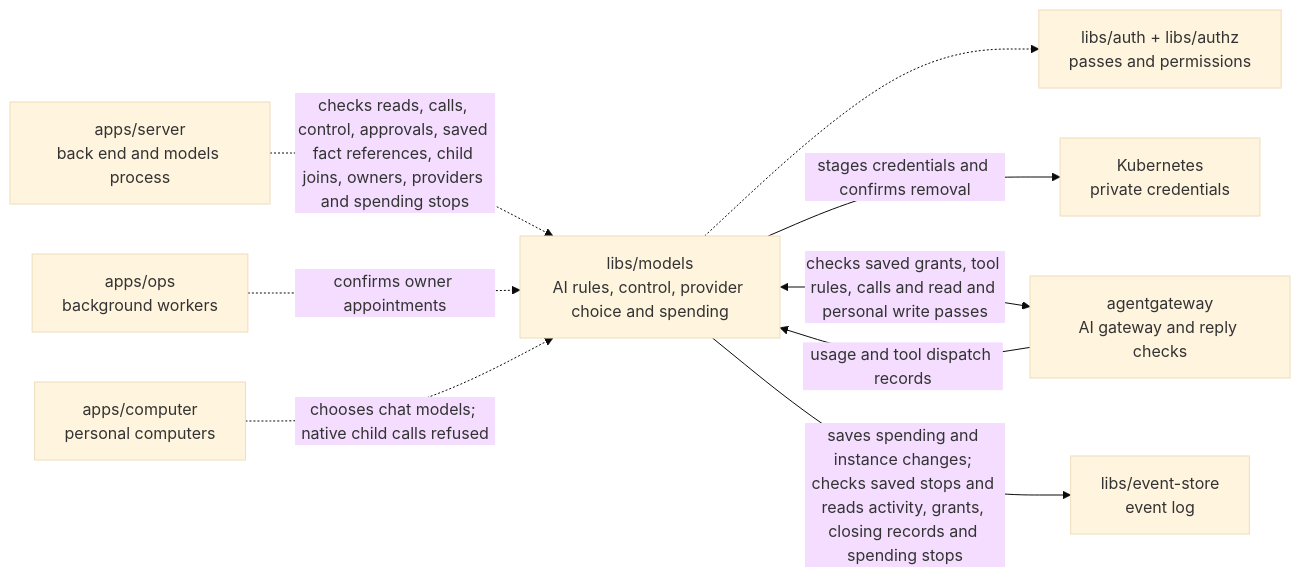
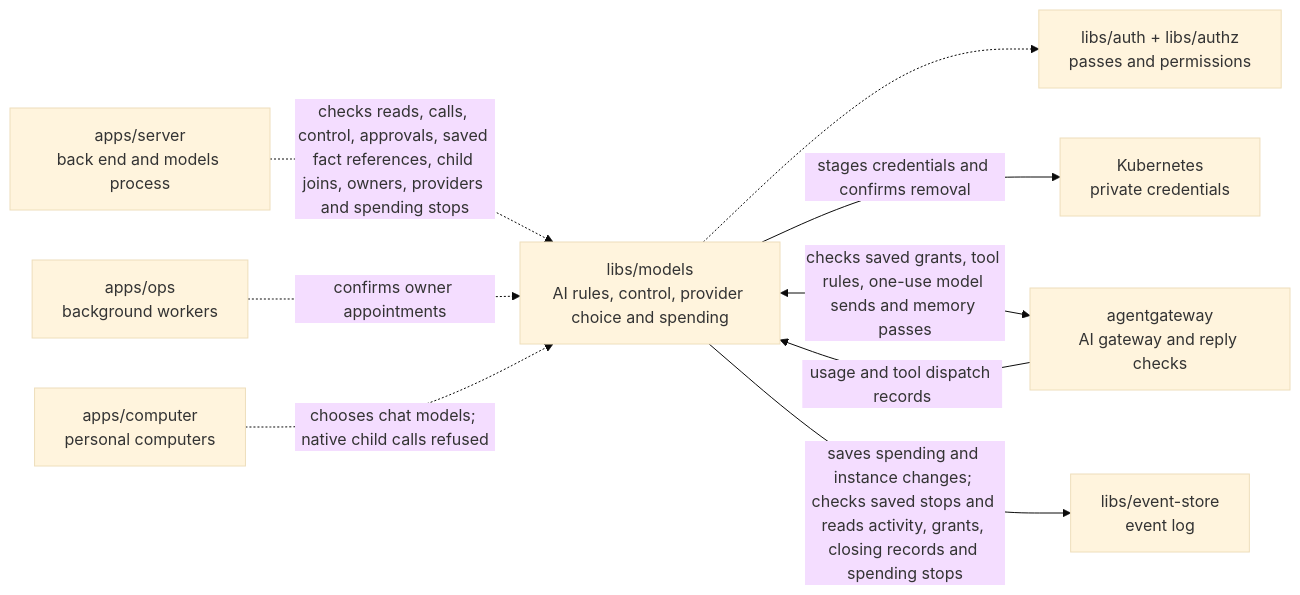
Before and after one commit to elewa-git/opencrane-new: the diagram in libs/models/README.md, drawn with Mermaid (base theme). The commit also changed other lines of this file and 20 other files, not shown here.

Commit message:
🛑 Save one final permission before model and provider sends

````diff
--- a/libs/models/README.md
+++ b/libs/models/README.md
@@ -14,11 +14,11 @@
 ```mermaid
 flowchart LR
   server["apps/server<br/>back end and models process"] -.->|checks reads, calls, control, approvals, saved fact references, child joins, owners, providers and spending stops| models["libs/models<br/>AI rules, control, provider choice and spending"]
   ops["apps/ops<br/>background workers"] -.->|confirms owner appointments| models
   computer["apps/computer<br/>personal computers"] -.->|chooses chat models; native child calls refused| models
   models -.-> auth["libs/auth + libs/authz<br/>passes and permissions"]
   models -->|stages credentials and confirms removal| custody["Kubernetes<br/>private credentials"]
-  models <-->|checks saved grants, tool rules, calls and read and personal write passes| gateway["agentgateway<br/>AI gateway and reply checks"]
+  models <-->|checks saved grants, tool rules, one-use model sends and memory passes| gateway["agentgateway<br/>AI gateway and reply checks"]
   gateway -->|usage and tool dispatch records| models
   models -->|saves spending and instance changes; checks saved stops and reads activity, grants, closing records and spending stops| store["libs/event-store<br/>event log"]
 ```
````
